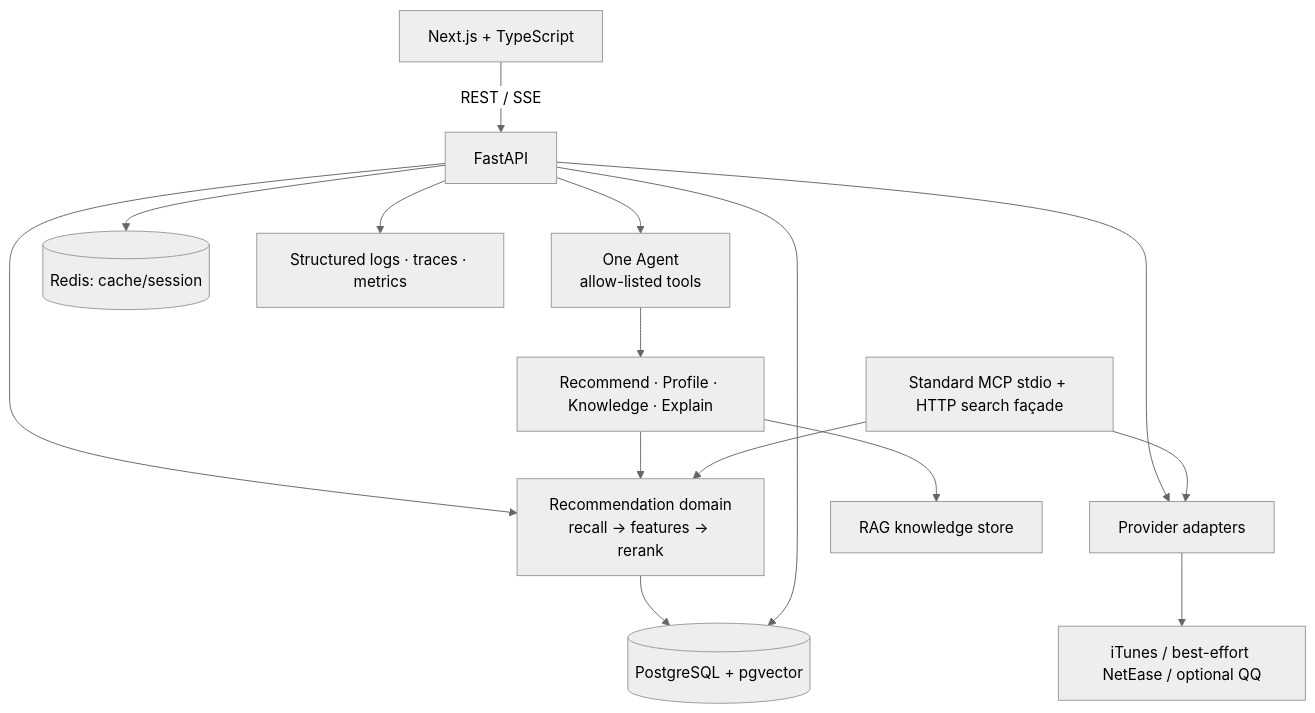
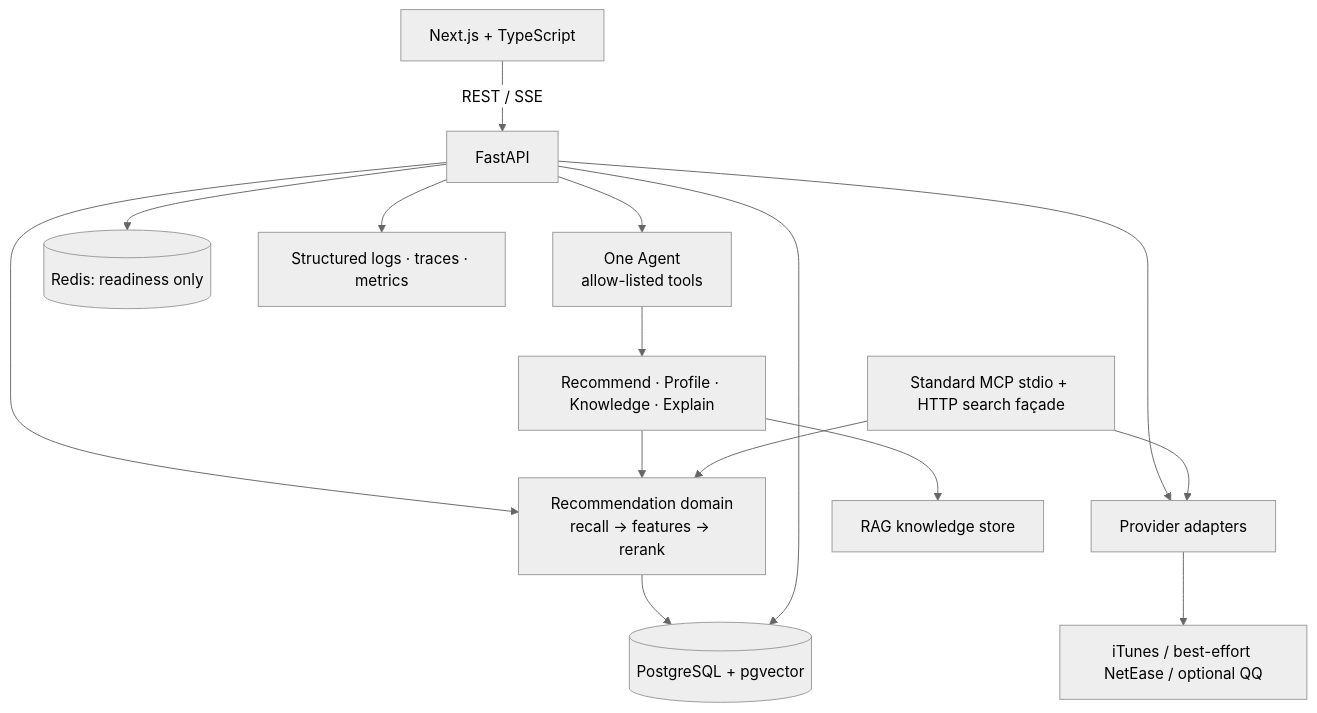
Before and after one commit to jiangking22/music_recommendation_system: the second of 3 diagrams in ARCHITECTURE.md, drawn with Mermaid (neutral theme). The commit also changed other lines of this file and 7 other files, not shown here.

````diff
--- a/ARCHITECTURE.md
+++ b/ARCHITECTURE.md
@@ -69,17 +69,17 @@
 ```mermaid
 flowchart TB
   Web[Next.js + TypeScript] -->|REST / SSE| API[FastAPI]
   API --> Rec[Recommendation domain\nrecall → features → rerank]
   API --> Agent[One Agent\nallow-listed tools]
   API --> Providers[Provider adapters]
   Rec --> PG[(PostgreSQL + pgvector)]
   API --> PG
-  API --> Redis[(Redis: cache/session)]
+  API --> Redis[(Redis: readiness only)]
   Agent --> Tools[Recommend · Profile · Knowledge · Explain]
   Tools --> Rec
   Tools --> Knowledge[RAG knowledge store]
   MCP[Standard MCP stdio + HTTP search façade] --> Providers
   MCP --> Rec
   Providers --> Sources[iTunes / best-effort NetEase / optional QQ]
   API --> Obs[Structured logs · traces · metrics]
 ```
````
